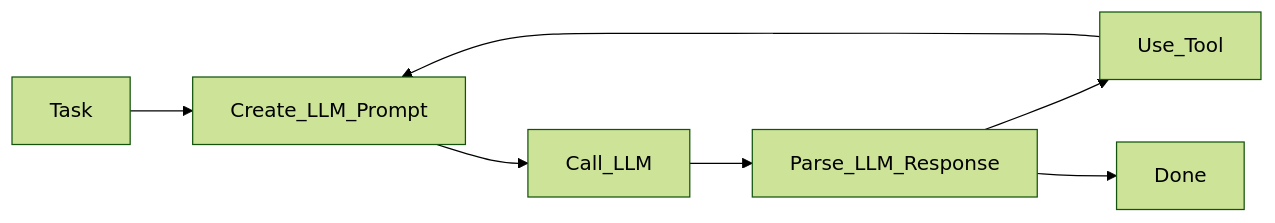
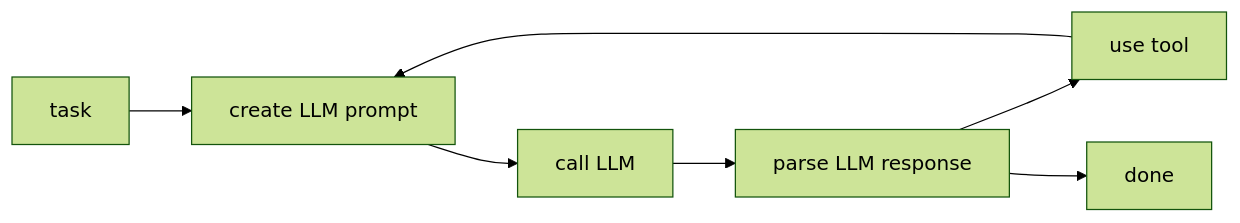
Before and after one commit to lgrammel/js-agent: the second of 2 diagrams in docs/docs/intro.md, drawn with Mermaid (forest theme). The commit also changed other lines of this file and 1 other file, not shown here.

Commit message:
Add first page of wikipedia QA tutorial. Improve diagram labels.

````diff
--- a/docs/docs/intro.md
+++ b/docs/docs/intro.md
@@ -29,9 +35,17 @@
 ```mermaid
 graph LR;
-    Task-->Create_LLM_Prompt
-    Create_LLM_Prompt-->Call_LLM;
-    Call_LLM-->Parse_LLM_Response;
-    Parse_LLM_Response-->Use_Tool;
-    Parse_LLM_Response-->Done;
-    Use_Tool-->Create_LLM_Prompt;
+
+TASK["task"];
+CREATE_LLM_PROMPT["create LLM prompt"];
+CALL_LLM["call LLM"];
+PARSE_LLM_RESPONSE["parse LLM response"];
+USE_TOOL["use tool"];
+DONE["done"];
+
+TASK-->CREATE_LLM_PROMPT
+CREATE_LLM_PROMPT-->CALL_LLM;
+CALL_LLM-->PARSE_LLM_RESPONSE;
+PARSE_LLM_RESPONSE-->USE_TOOL;
+PARSE_LLM_RESPONSE-->DONE;
+USE_TOOL-->CREATE_LLM_PROMPT;
 ```
````
